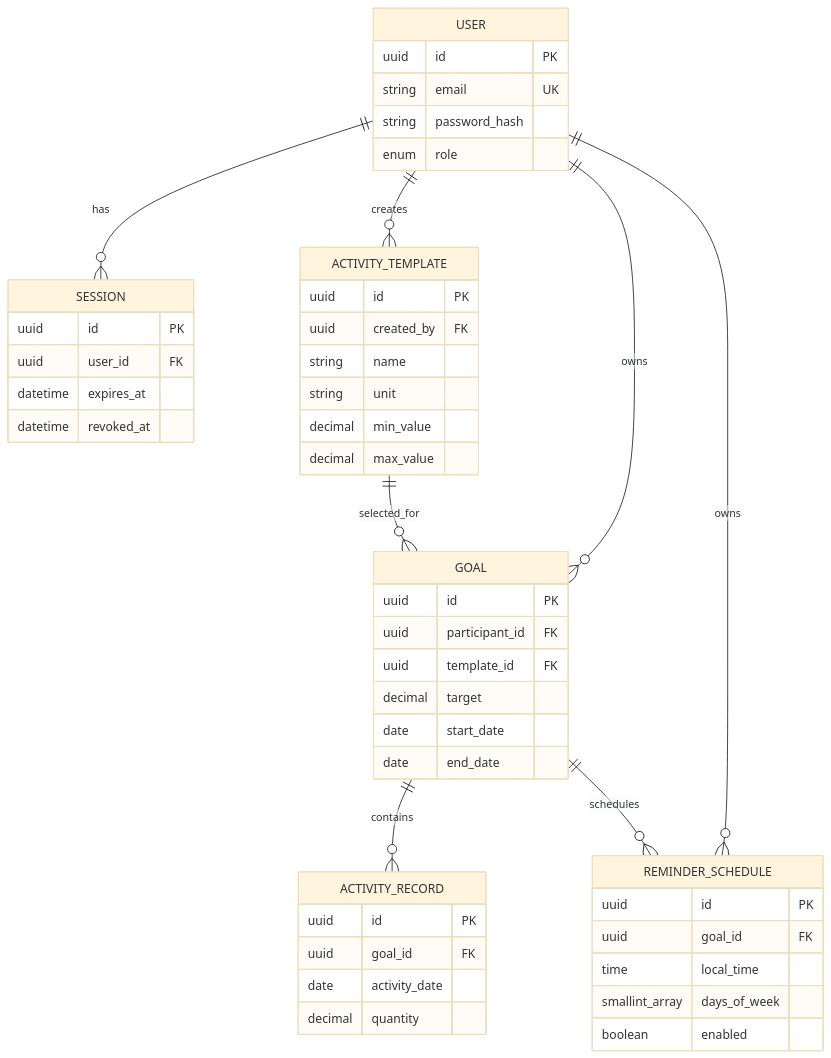
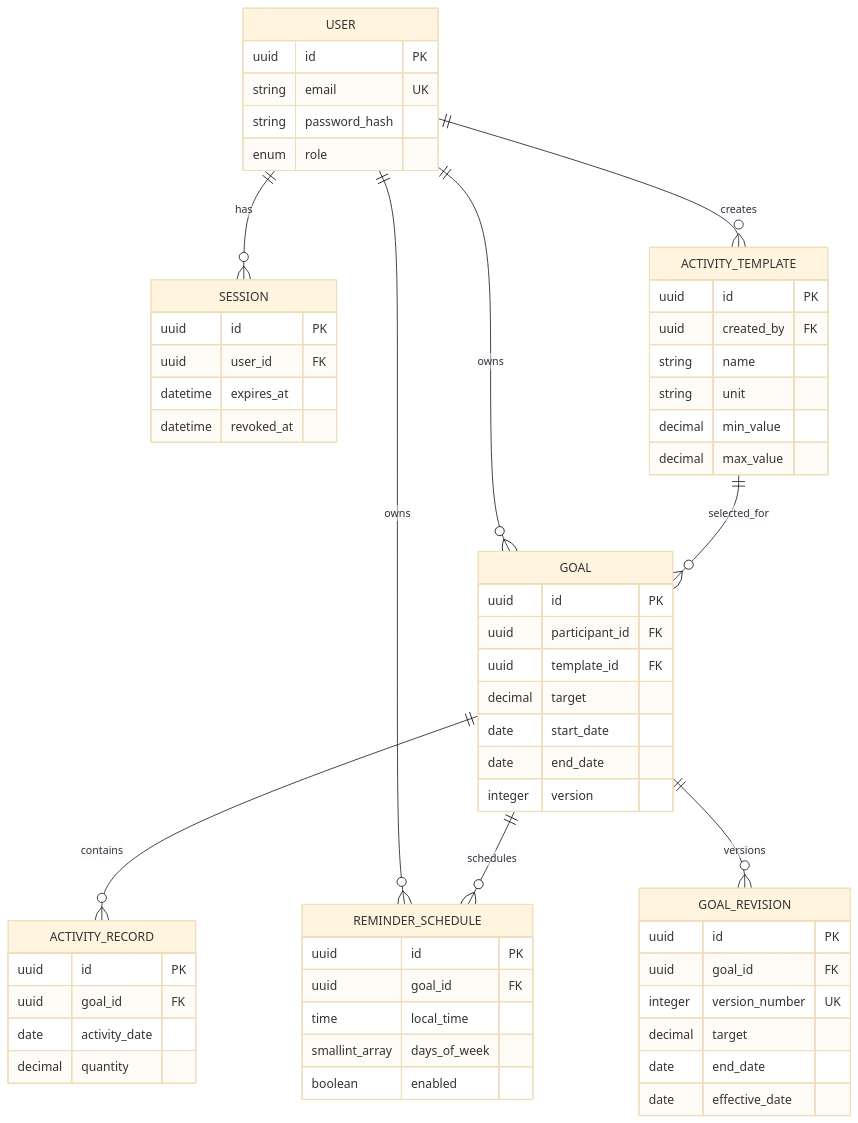
The diagram in docs/system-sds.md (habit-activity-tracker/habit-activity-tracker), drawn with Mermaid (base theme) before and after one commit. The commit also changed other lines of this file, not shown here.

Commit message:
docs: complete SDS entity and permission mappings

````diff
--- a/docs/system-sds.md
+++ b/docs/system-sds.md
@@ -23,52 +23,62 @@
 ```mermaid
 erDiagram
     USER ||--o{ SESSION : has
     USER ||--o{ ACTIVITY_TEMPLATE : creates
     USER ||--o{ GOAL : owns
     ACTIVITY_TEMPLATE ||--o{ GOAL : selected_for
     GOAL ||--o{ ACTIVITY_RECORD : contains
     USER ||--o{ REMINDER_SCHEDULE : owns
     GOAL ||--o{ REMINDER_SCHEDULE : schedules
+    GOAL ||--o{ GOAL_REVISION : versions
 
     USER {
       uuid id PK
       string email UK
       string password_hash
       enum role
     }
     SESSION {
       uuid id PK
       uuid user_id FK
       datetime expires_at
       datetime revoked_at
     }
     ACTIVITY_TEMPLATE {
       uuid id PK
       uuid created_by FK
       string name
       string unit
       decimal min_value
       decimal max_value
     }
     GOAL {
       uuid id PK
       uuid participant_id FK
       uuid template_id FK
       decimal target
       date start_date
       date end_date
+      integer version
+    }
+    GOAL_REVISION {
+      uuid id PK
+      uuid goal_id FK
+      integer version_number UK
+      decimal target
+      date end_date
+      date effective_date
     }
     ACTIVITY_RECORD {
       uuid id PK
       uuid goal_id FK
       date activity_date
       decimal quantity
     }
     REMINDER_SCHEDULE {
       uuid id PK
       uuid goal_id FK
       time local_time
       smallint_array days_of_week
       boolean enabled
     }
 ```
````
